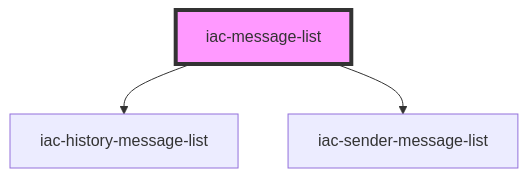
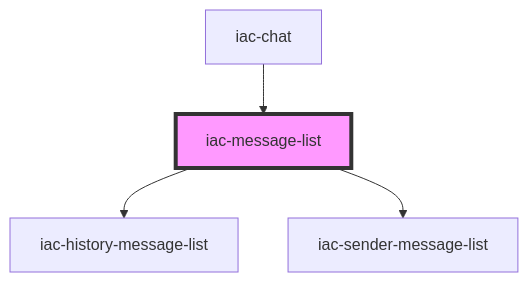
One commit to mbuckley/hackathon-in-app-chat changed the diagram in src/components/message-list/readme.md. Above: the diagram before and after it, drawn with Mermaid. The commit also changed other lines of this file and 19 other files, not shown here.

````diff
--- a/src/components/message-list/readme.md
+++ b/src/components/message-list/readme.md
@@ -28,6 +32,7 @@
 ```mermaid
 graph TD;
   iac-message-list --> iac-history-message-list
   iac-message-list --> iac-sender-message-list
+  iac-chat --> iac-message-list
   style iac-message-list fill:#f9f,stroke:#333,stroke-width:4px
 ```
````
